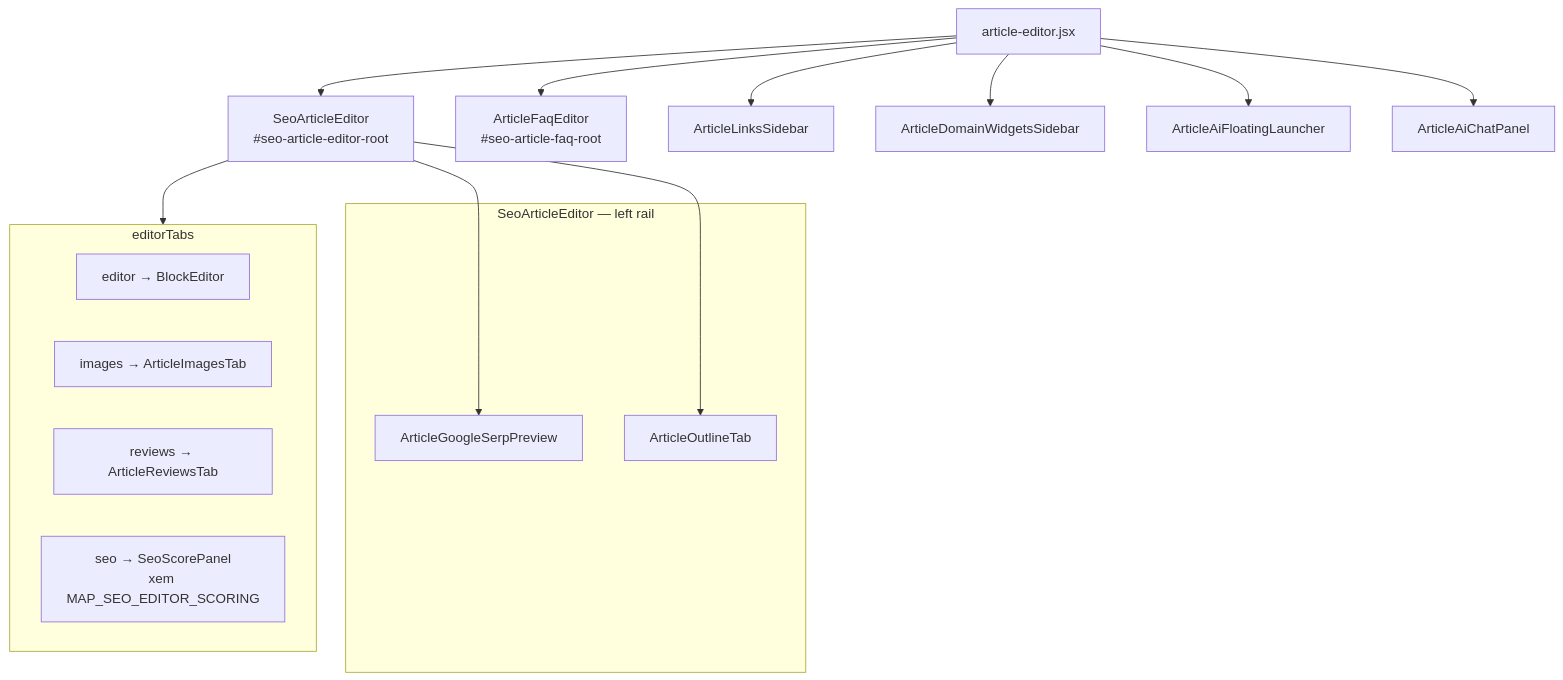
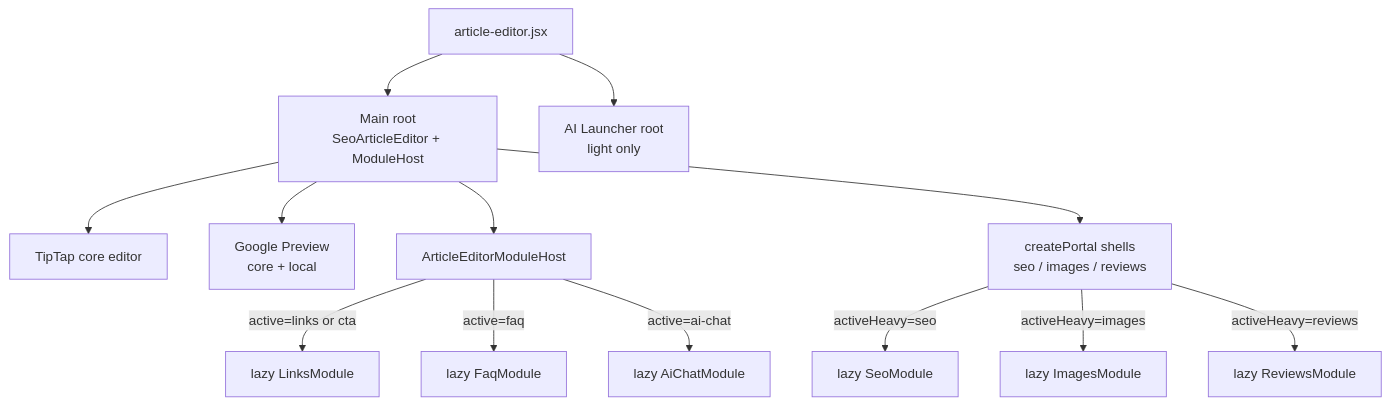
One commit to trung8356621/omnichannel-backend changed the second of 8 diagrams in docs/MAP_SEO_EDITOR.md. Above: the diagram before and after it, drawn with Mermaid. The commit also changed other lines of this file and 110 other files, not shown here.

````diff
--- a/docs/MAP_SEO_EDITOR.md
+++ b/docs/MAP_SEO_EDITOR.md
@@ -91,25 +98,19 @@
 ```mermaid
 flowchart TB
     ENTRY["article-editor.jsx"]
+    ENTRY --> MAIN["Main root<br/>SeoArticleEditor + ModuleHost"]
+    ENTRY --> FAB["AI Launcher root<br/>light only"]
 
-    ENTRY --> EDITOR["SeoArticleEditor<br/>#seo-article-editor-root"]
-    ENTRY --> FAQ["ArticleFaqEditor<br/>#seo-article-faq-root"]
-    ENTRY --> LINKS["ArticleLinksSidebar"]
-    ENTRY --> WIDGETS["ArticleDomainWidgetsSidebar"]
-    ENTRY --> LAUNCHER["ArticleAiFloatingLauncher"]
-    ENTRY --> CHAT["ArticleAiChatPanel"]
+    MAIN --> CORE["TipTap core editor"]
+    MAIN --> PREVIEW["Google Preview<br/>core + local"]
+    MAIN --> HOST["ArticleEditorModuleHost"]
+    MAIN --> PORTALS["createPortal shells<br/>seo / images / reviews"]
 
-    subgraph SE["SeoArticleEditor — left rail"]
-        SERP["ArticleGoogleSerpPreview"]
-        OUTLINE["ArticleOutlineTab"]
-    end
+    HOST -->|active=links or cta| L["lazy LinksModule"]
+    HOST -->|active=faq| F["lazy FaqModule"]
+    HOST -->|active=ai-chat| A["lazy AiChatModule"]
 
-    subgraph TABS["editorTabs"]
-        TAB_ED["editor → BlockEditor"]
-        TAB_IMG["images → ArticleImagesTab"]
-        TAB_REV["reviews → ArticleReviewsTab"]
-        TAB_SEO["seo → SeoScorePanel<br/>xem MAP_SEO_EDITOR_SCORING"]
-    end
-
-    EDITOR --> SERP & OUTLINE & TABS
+    PORTALS -->|activeHeavy=seo| S["lazy SeoModule"]
+    PORTALS -->|activeHeavy=images| I["lazy ImagesModule"]
+    PORTALS -->|activeHeavy=reviews| R["lazy ReviewsModule"]
 ```
````
